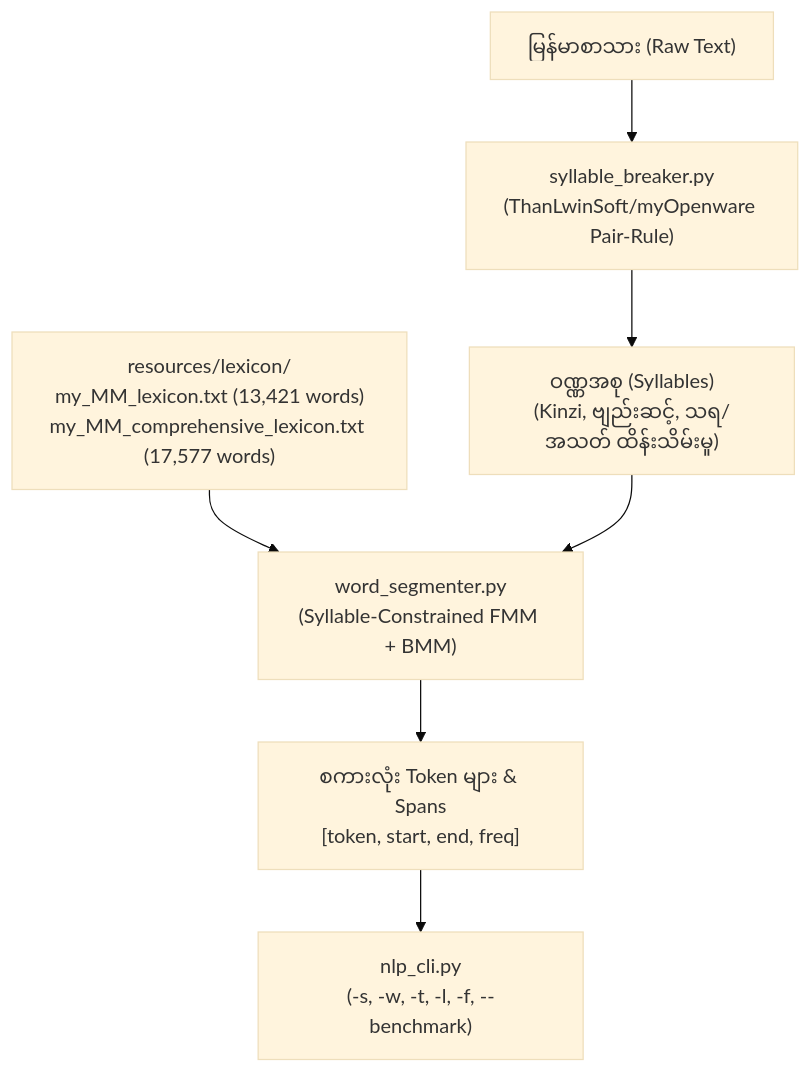
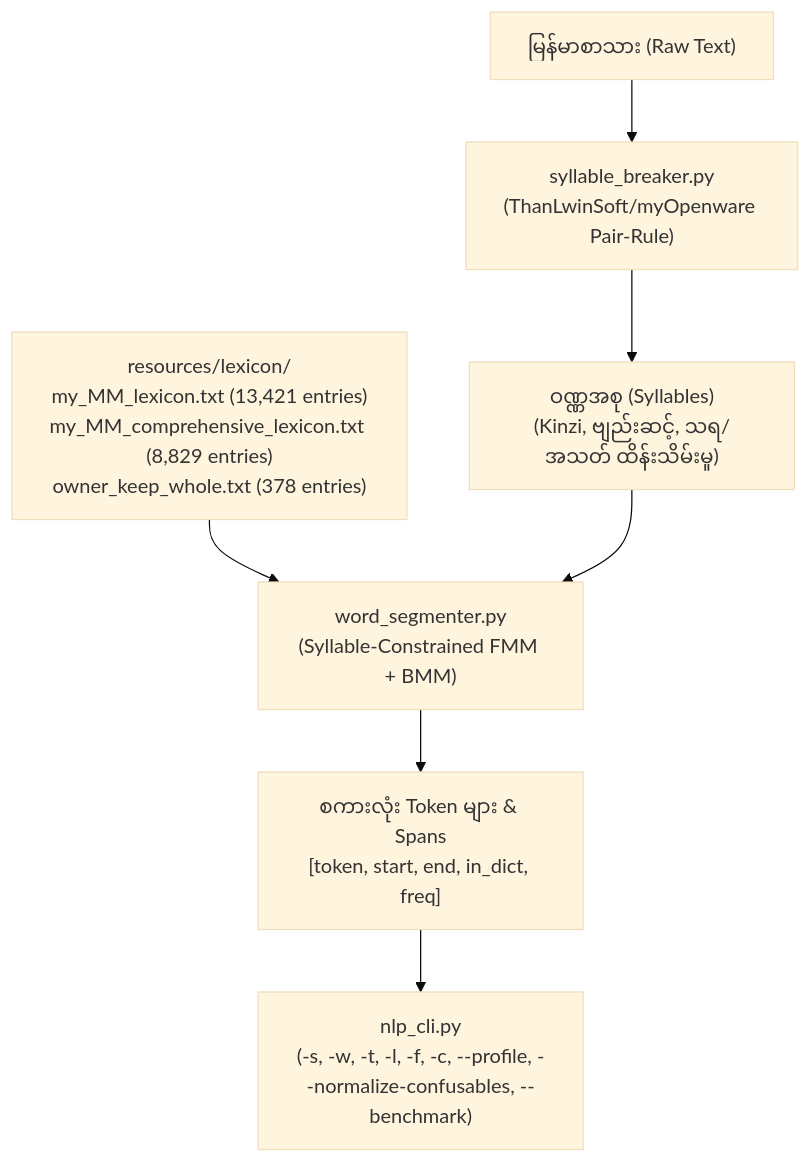
The diagram in references/syllable-and-word-segmentation-toolkit.md (sithu015/myanmar-grammar), drawn with Mermaid (base theme) before and after one commit. The commit also changed other lines of this file and 34 other files, not shown here.

First line of the commit message:
feat(nlp): implement 4-profile schema, centralized common_standards, F1-F11 fixes, and comprehensive Myanmar monograph

````diff
--- a/references/syllable-and-word-segmentation-toolkit.md
+++ b/references/syllable-and-word-segmentation-toolkit.md
@@ -9,11 +9,11 @@
 ```mermaid
 flowchart TD
     Raw["မြန်မာစာသား (Raw Text)"] --> SB["syllable_breaker.py<br/>(ThanLwinSoft/myOpenware Pair-Rule)"]
     SB --> Syllables["ဝဏ္ဏအစု (Syllables)<br/>(Kinzi, ဗျည်းဆင့်, သရ/အသတ် ထိန်းသိမ်းမှု)"]
     
-    Lexicon["resources/lexicon/<br/>my_MM_lexicon.txt (13,421 words)<br/>my_MM_comprehensive_lexicon.txt (17,577 words)"] --> WS["word_segmenter.py<br/>(Syllable-Constrained FMM + BMM)"]
+    Lexicon["resources/lexicon/<br/>my_MM_lexicon.txt (13,421 entries)<br/>my_MM_comprehensive_lexicon.txt (8,829 entries)<br/>owner_keep_whole.txt (378 entries)"] --> WS["word_segmenter.py<br/>(Syllable-Constrained FMM + BMM)"]
     Syllables --> WS
     
-    WS --> Tokens["စကားလုံး Token များ & Spans<br/>[token, start, end, freq]"]
-    Tokens --> CLI["nlp_cli.py<br/>(-s, -w, -t, -l, -f, --benchmark)"]
+    WS --> Tokens["စကားလုံး Token များ & Spans<br/>[token, start, end, in_dict, freq]"]
+    Tokens --> CLI["nlp_cli.py<br/>(-s, -w, -t, -l, -f, -c, --profile, --normalize-confusables, --benchmark)"]
 ```
````
